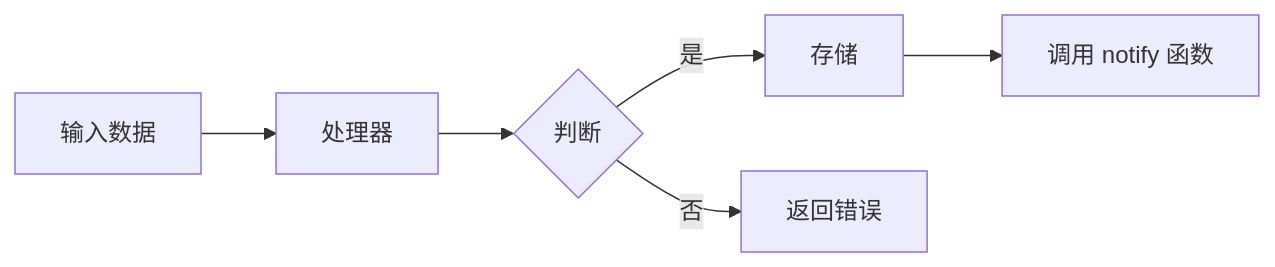
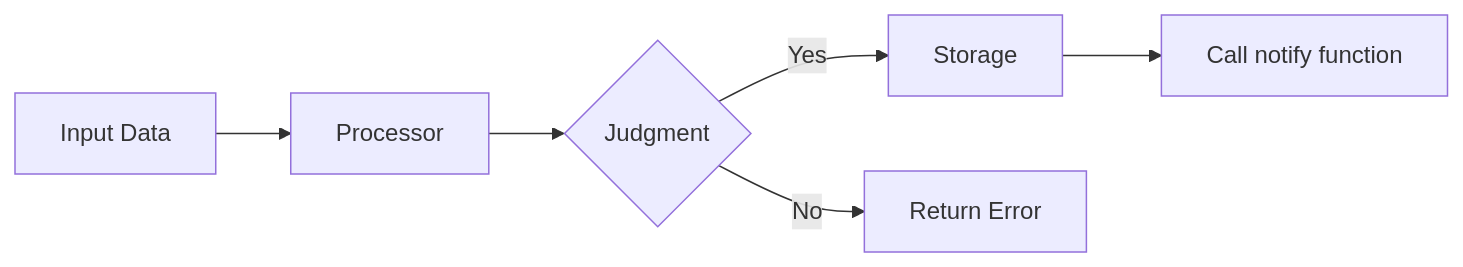
Before and after one commit to ezrover/POICompanion: the second of 3 diagrams in .claude/agents/agent-design.md, drawn with Mermaid. The commit also changed other lines of this file and 17 other files, not shown here.

````diff
--- a/.claude/agents/agent-design.md
+++ b/.claude/agents/agent-design.md
@@ -75,8 +75,8 @@
 ```mermaid
 graph LR
-    A[输入数据] --> B[处理器]
-    B --> C{判断}
-    C -->|是| D[存储]
-    C -->|否| E[返回错误]
-    D --> F[调用 notify 函数]
+    A[Input Data] --> B[Processor]
+    B --> C{Judgment}
+    C -->|Yes| D[Storage]
+    C -->|No| E[Return Error]
+    D --> F[Call notify function]
 ```
````
